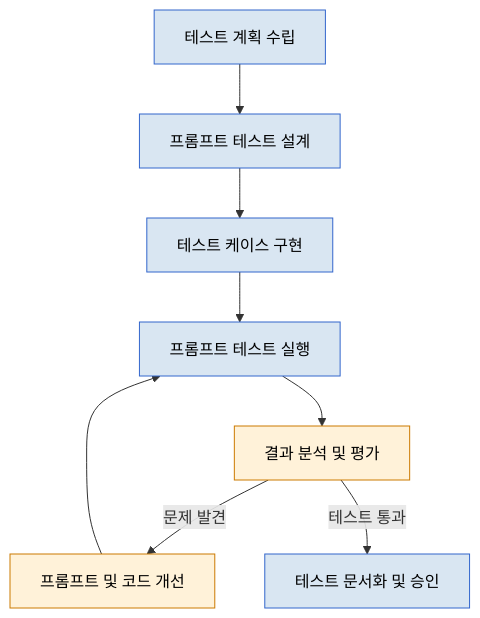
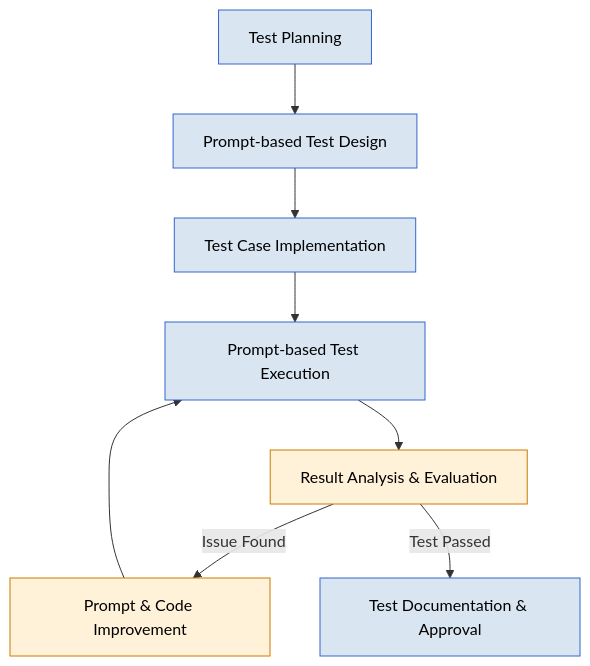
One commit to bbalganjjm/prompt-driven-development changed the diagram in 4.4.prompt-driven-development-methodology-details-testing.md. Above: the diagram before and after it, drawn with Mermaid. The commit also changed other lines of this file and 4 other files, not shown here.

Commit message:
Refactor PDD documentation: Update terminology from "Stage" to "Phase" for consistency and clarity; enhance descriptions and structural elements; improve inter-phase linkage diagram and key questions for each phase.

````diff
--- a/4.4.prompt-driven-development-methodology-details-testing.md
+++ b/4.4.prompt-driven-development-methodology-details-testing.md
@@ -36,18 +36,18 @@
 ```mermaid
 flowchart TB
-    A[테스트 계획 수립] --> B[프롬프트 테스트 설계]
-    B --> C[테스트 케이스 구현]
-    C --> D[프롬프트 테스트 실행]
-    D --> E[결과 분석 및 평가]
-    E -- 문제 발견 --> F[프롬프트 및 코드 개선]
+    A[Test Planning] --> B[Prompt-based Test Design]
+    B --> C[Test Case Implementation]
+    C --> D[Prompt-based Test Execution]
+    D --> E[Result Analysis & Evaluation]
+    E -- Issue Found --> F[Prompt & Code Improvement]
     F --> D
-    E -- 테스트 통과 --> G[테스트 문서화 및 승인]
+    E -- Test Passed --> G[Test Documentation & Approval]
     
     style A fill:#d9e6f2,stroke:#3366cc,color:#000000
     style B fill:#d9e6f2,stroke:#3366cc,color:#000000
     style C fill:#d9e6f2,stroke:#3366cc,color:#000000
     style D fill:#d9e6f2,stroke:#3366cc,color:#000000
     style E fill:#fff2d9,stroke:#cc7a00,color:#000000
     style F fill:#fff2d9,stroke:#cc7a00,color:#000000
     style G fill:#d9e6f2,stroke:#3366cc,color:#000000
 ```
````
